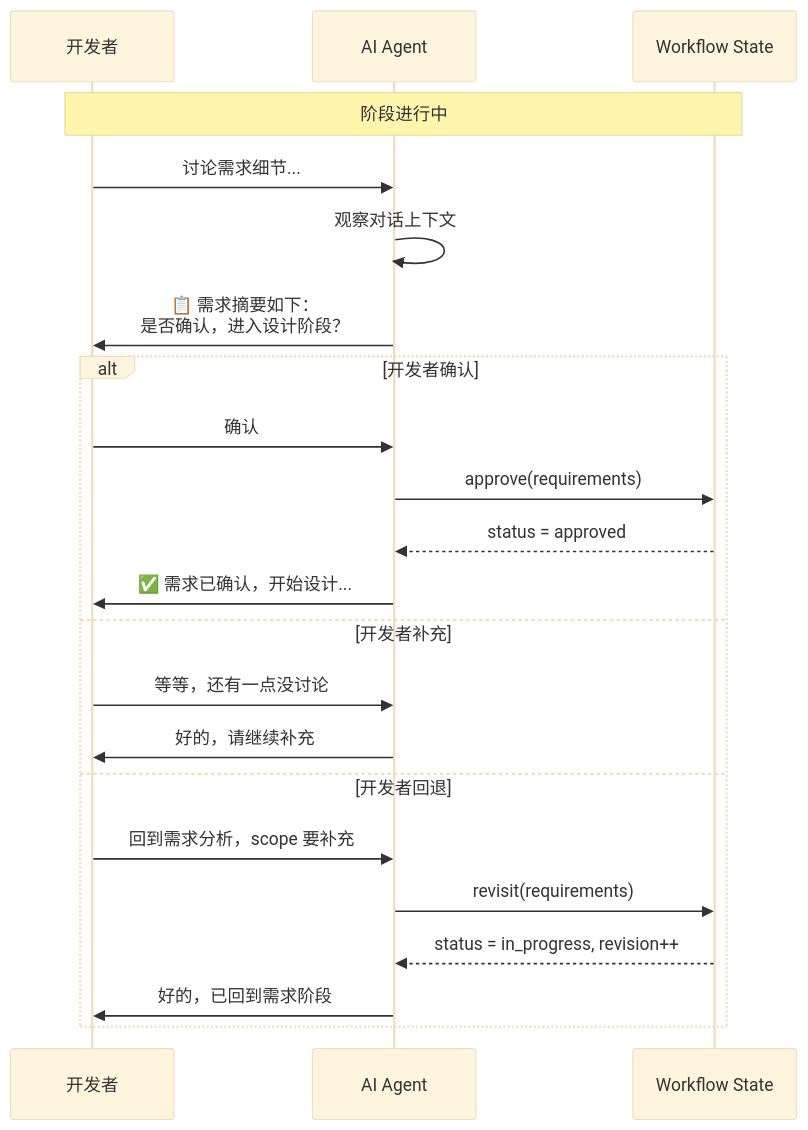
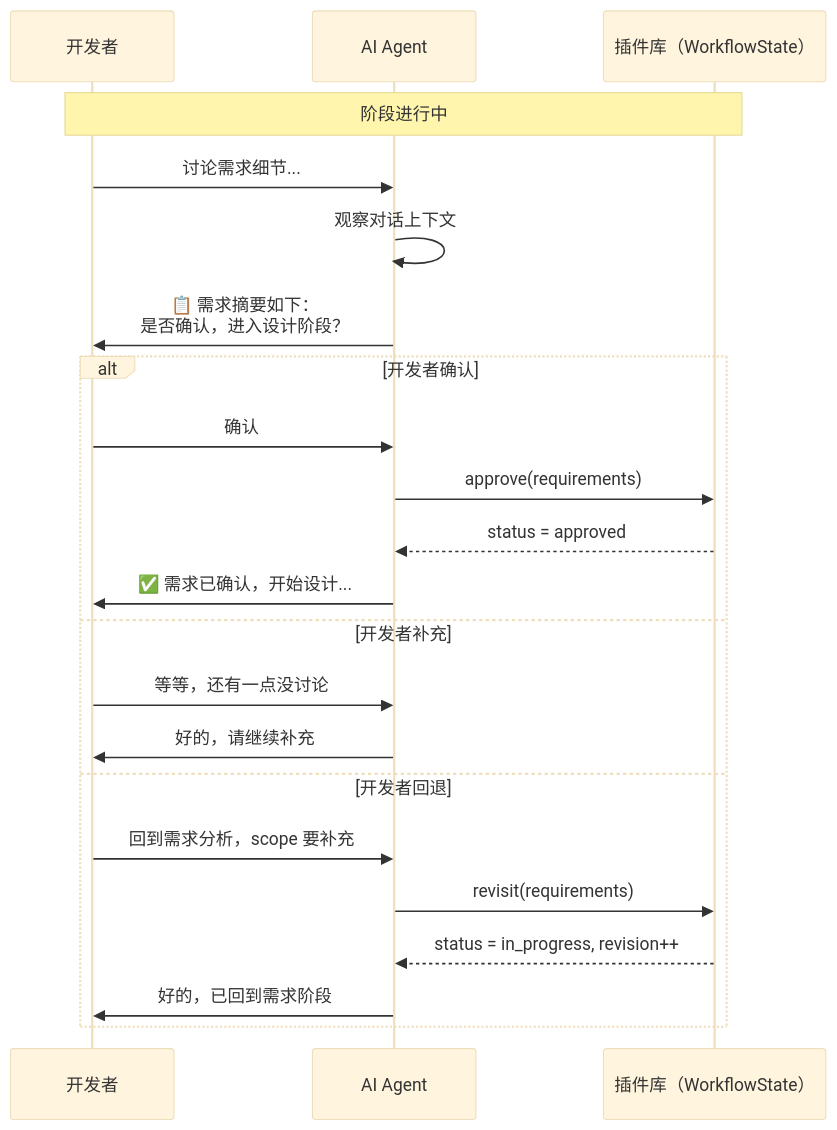
One commit to wonglaitung/opencode changed the fourth of 14 diagrams in specs/customize/session-management.md. Above: the diagram before and after it, drawn with Mermaid (base theme). The commit also changed other lines of this file, not shown here.

````diff
--- a/specs/customize/session-management.md
+++ b/specs/customize/session-management.md
@@ -158,26 +158,26 @@
 ```mermaid
 sequenceDiagram
     participant Dev as 开发者
     participant AI as AI Agent
-    participant Store as Workflow State
+    participant Store as 插件库（WorkflowState）
 
     Note over Dev,Store: 阶段进行中
     Dev->>AI: 讨论需求细节...
     AI->>AI: 观察对话上下文
     AI->>Dev: 📋 需求摘要如下：<br/>是否确认，进入设计阶段？
 
     alt 开发者确认
         Dev->>AI: 确认
         AI->>Store: approve(requirements)
         Store-->>AI: status = approved
         AI->>Dev: ✅ 需求已确认，开始设计...
     else 开发者补充
         Dev->>AI: 等等，还有一点没讨论
         AI->>Dev: 好的，请继续补充
     else 开发者回退
         Dev->>AI: 回到需求分析，scope 要补充
         AI->>Store: revisit(requirements)
         Store-->>AI: status = in_progress, revision++
         AI->>Dev: 好的，已回到需求阶段
     end
 ```
````
